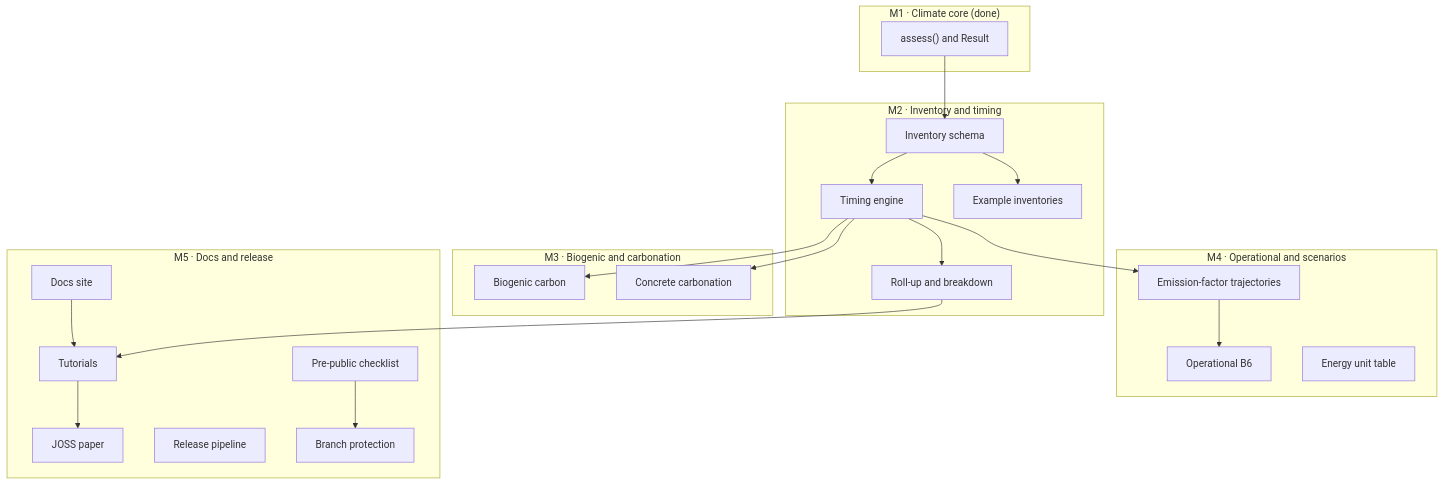
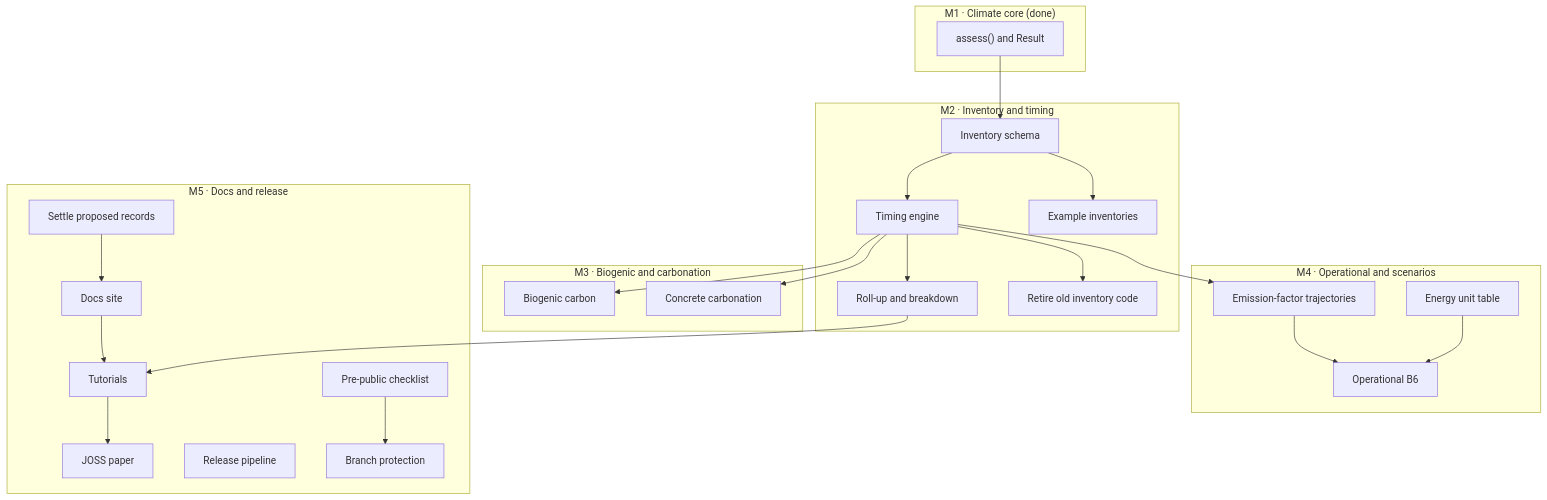
The diagram in docs/roadmap.md (jayarehart/DLCA), drawn with Mermaid before and after one commit. The commit also changed other lines of this file, not shown here.

First line of the commit message:
Roadmap: add decisions from M0 and M1 that shape later work (#55)

````diff
--- a/docs/roadmap.md
+++ b/docs/roadmap.md
@@ -40,30 +74,32 @@
 ```mermaid
 flowchart TB
   subgraph M1["M1 · Climate core (done)"]
     A["assess() and Result"]
   end
   subgraph M2["M2 · Inventory and timing"]
     S["Inventory schema"] --> T["Timing engine"]
     T --> G["Roll-up and breakdown"]
     S --> X["Example inventories"]
+    T --> RT["Retire old inventory code"]
   end
   subgraph M3["M3 · Biogenic and carbonation"]
     B["Biogenic carbon"]
     C["Concrete carbonation"]
   end
   subgraph M4["M4 · Operational and scenarios"]
     E["Emission-factor trajectories"] --> O["Operational B6"]
-    U["Energy unit table"]
+    U["Energy unit table"] --> O
   end
   subgraph M5["M5 · Docs and release"]
-    D["Docs site"] --> TU["Tutorials"]
+    AR["Settle proposed records"] --> D["Docs site"]
+    D --> TU["Tutorials"]
     TU --> P["JOSS paper"]
     R["Release pipeline"]
     PP["Pre-public checklist"] --> BP["Branch protection"]
   end
   A --> S
   T --> B
   T --> C
   T --> E
   G --> TU
 ```
````
